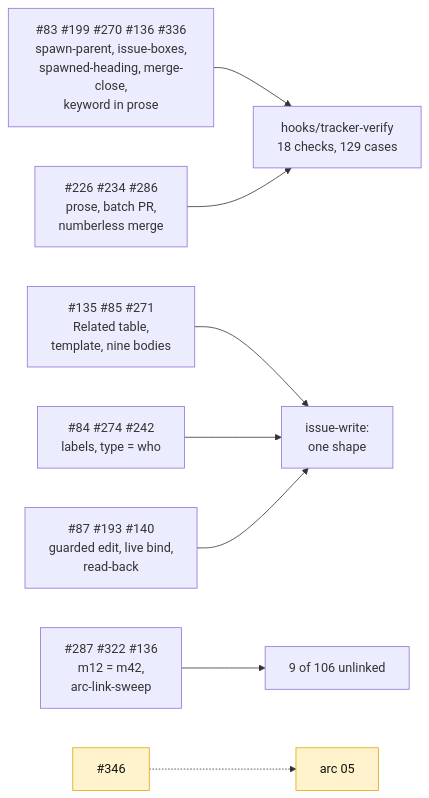
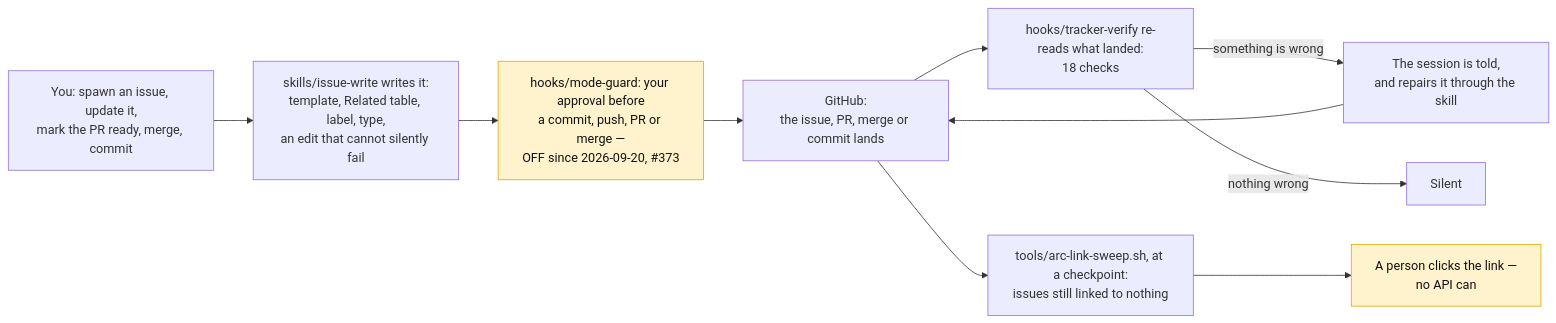
The sixth of 7 diagrams in docs/arc-log/arc-04-dogfood.md (Calyx-Engineering/arc), drawn with Mermaid before and after one commit. The commit also changed other lines of this file, not shown here.

First line of the commit message:
docs: Tracker's report is rewritten around user stories (#147)

````diff
--- a/docs/arc-log/arc-04-dogfood.md
+++ b/docs/arc-log/arc-04-dogfood.md
@@ -523,11 +524,13 @@
 ```mermaid
 flowchart LR
-    A["#83 #199 #270 #136 #336<br/>spawn-parent, issue-boxes,<br/>spawned-heading, merge-close,<br/>keyword in prose"] --> H["hooks/tracker-verify<br/>18 checks, 129 cases"]
-    B["#226 #234 #286<br/>prose, batch PR,<br/>numberless merge"] --> H
-    C["#135 #85 #271<br/>Related table,<br/>template, nine bodies"] --> I["issue-write:<br/>one shape"]
-    D["#84 #274 #242<br/>labels, type = who"] --> I
-    E["#87 #193 #140<br/>guarded edit, live bind,<br/>read-back"] --> I
-    F["#287 #322 #136<br/>m12 = m42,<br/>arc-link-sweep"] --> J["9 of 106 unlinked"]
-    G["#346"]:::blocked -.-> K["arc 05"]:::blocked
+    U["You: spawn an issue, update it,<br/>mark the PR ready, merge, commit"] --> S["skills/issue-write writes it:<br/>template, Related table, label, type,<br/>an edit that cannot silently fail"]
+    S --> M["hooks/mode-guard: your approval before<br/>a commit, push, PR or merge —<br/>OFF since 2026-09-20, #373"]:::blocked
+    M --> G["GitHub:<br/>the issue, PR, merge or commit lands"]
+    G --> H["hooks/tracker-verify re-reads what landed:<br/>18 checks"]
+    H -- "something is wrong" --> R["The session is told,<br/>and repairs it through the skill"]
+    R --> G
+    H -- "nothing wrong" --> OK["Silent"]
+    G --> W["tools/arc-link-sweep.sh, at a checkpoint:<br/>issues still linked to nothing"]
+    W --> P["A person clicks the link —<br/>no API can"]:::blocked
     classDef blocked fill:#fff3cd,stroke:#e0a800,color:#111
 ```
````
